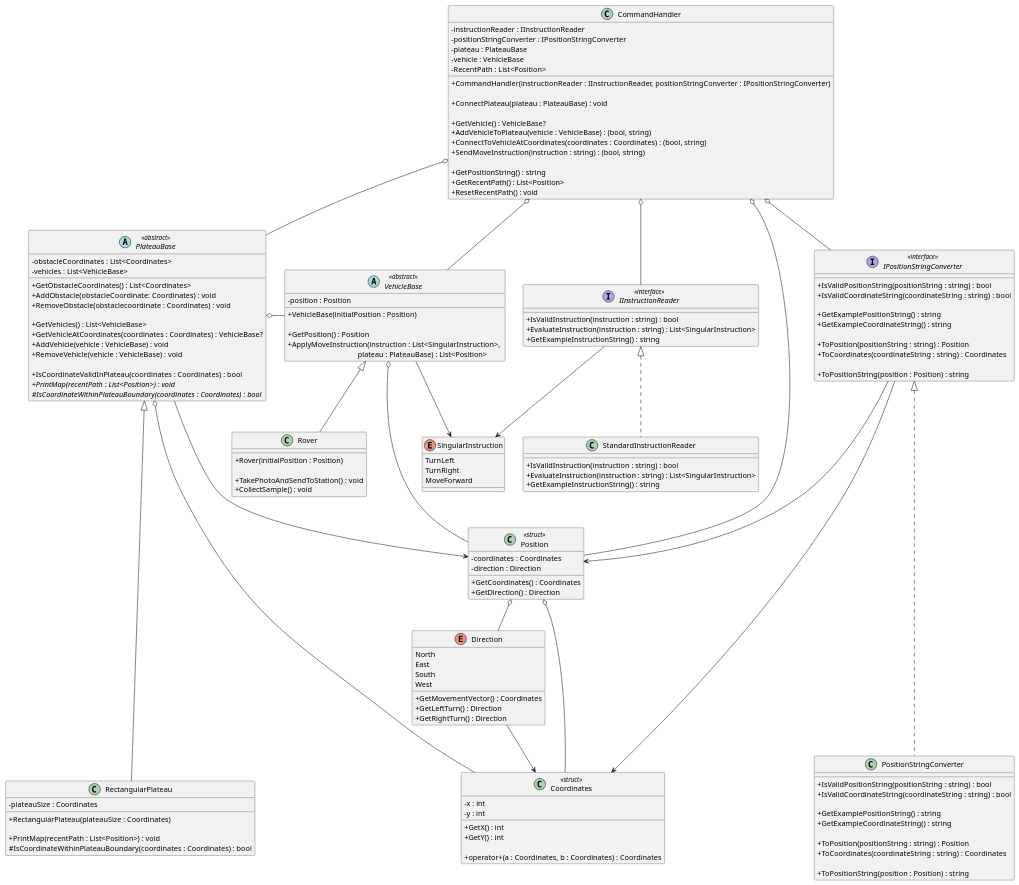
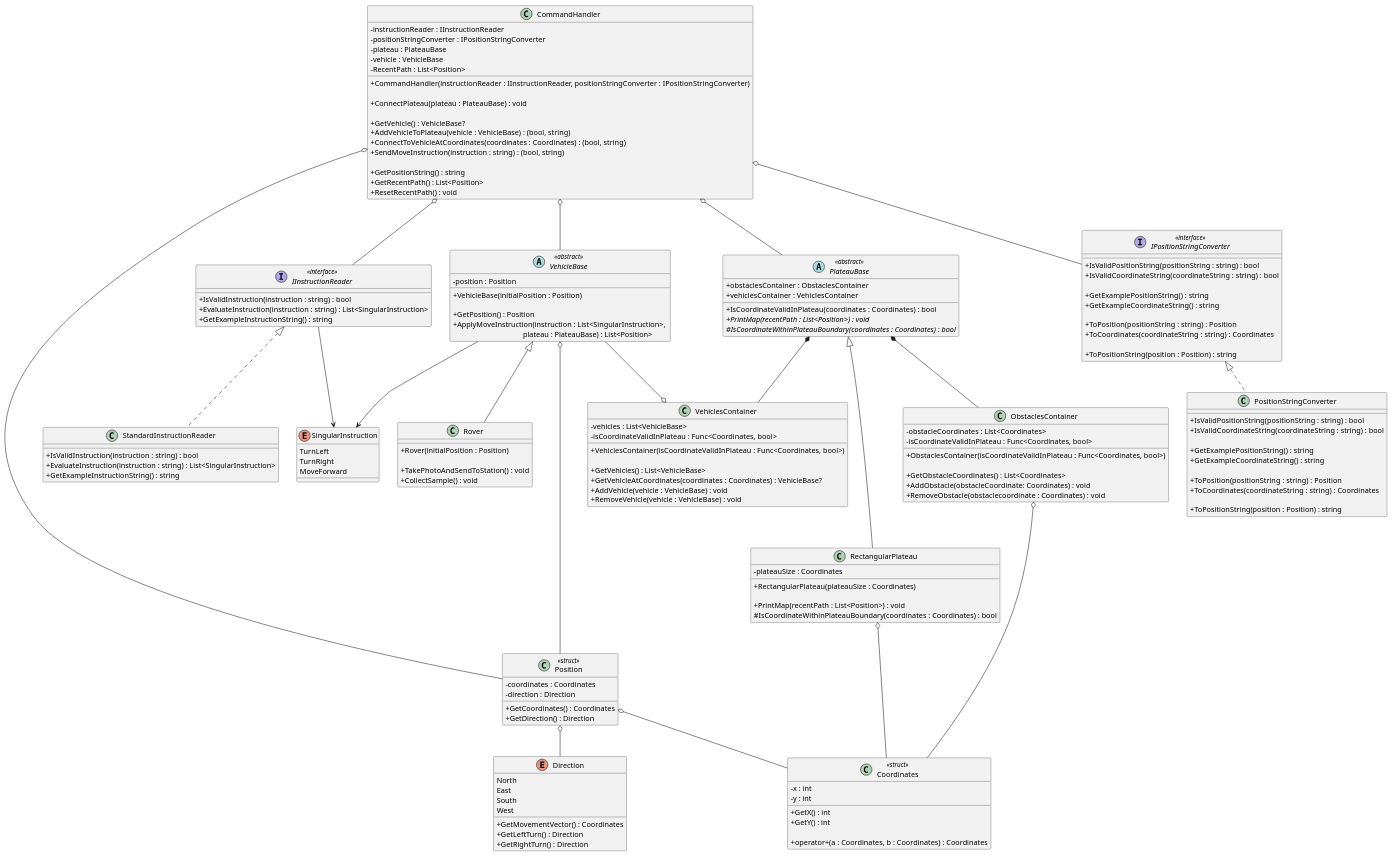
Before and after one commit to iamfranco/MarsRoverChallenge: the diagram in diagrams/MarsRoverChallenge.puml, drawn with PlantUML. The commit also changed 1 other file, not shown here.

Commit message:
UML: add ObstaclesContainer and VehiclesContainer classes, move methods from PlateauBase into them, remove association arrows for simple method parameter types dependencies

```diff
--- a/diagrams/MarsRoverChallenge.puml
+++ b/diagrams/MarsRoverChallenge.puml
@@ -1,182 +1,199 @@
 @startuml "Mars Rover Challenge"
 skinparam classAttributeIconSize 0
 
 class CommandHandler
 {
   - instructionReader : IInstructionReader
   - positionStringConverter : IPositionStringConverter
   - plateau : PlateauBase
   - vehicle : VehicleBase
   - RecentPath : List<Position>
 
   + CommandHandler(instructionReader : IInstructionReader, positionStringConverter : IPositionStringConverter)
   
   + ConnectPlateau(plateau : PlateauBase) : void
 
   + GetVehicle() : VehicleBase?
   + AddVehicleToPlateau(vehicle : VehicleBase) : (bool, string)
   + ConnectToVehicleAtCoordinates(coordinates : Coordinates) : (bool, string)
   + SendMoveInstruction(instruction : string) : (bool, string)
 
   + GetPositionString() : string
   + GetRecentPath() : List<Position>
   + ResetRecentPath() : void
 }
 
 interface IInstructionReader <<interface>>
 {
   + IsValidInstruction(instruction : string) : bool
   + EvaluateInstruction(instruction : string) : List<SingularInstruction>
   + GetExampleInstructionString() : string
 }
 
 enum SingularInstruction
 {
   TurnLeft
   TurnRight
   MoveForward
 }
 
 class StandardInstructionReader
 {
   + IsValidInstruction(instruction : string) : bool
   + EvaluateInstruction(instruction : string) : List<SingularInstruction>
   + GetExampleInstructionString() : string
 }
 
 abstract PlateauBase <<abstract>>
 {
+  + obstaclesContainer : ObstaclesContainer
+  + vehiclesContainer : VehiclesContainer
+
+  + IsCoordinateValidInPlateau(coordinates : Coordinates) : bool
+  {abstract} + PrintMap(recentPath : List<Position>) : void
+  {abstract} # IsCoordinateWithinPlateauBoundary(coordinates : Coordinates) : bool
+}
+
+class ObstaclesContainer
+{
   - obstacleCoordinates : List<Coordinates>
-  - vehicles : List<VehicleBase>
+  - isCoordinateValidInPlateau : Func<Coordinates, bool>
+
+  + ObstaclesContainer(isCoordinateValidInPlateau : Func<Coordinates, bool>)
 
   + GetObstacleCoordinates() : List<Coordinates>
   + AddObstacle(obstacleCoordinate: Coordinates) : void
   + RemoveObstacle(obstaclecoordinate : Coordinates) : void
+}
+
+class VehiclesContainer
+{
+  - vehicles : List<VehicleBase>
+  - isCoordinateValidInPlateau : Func<Coordinates, bool>
+
+  + VehiclesContainer(isCoordinateValidInPlateau : Func<Coordinates, bool>)
 
   + GetVehicles() : List<VehicleBase>
   + GetVehicleAtCoordinates(coordinates : Coordinates) : VehicleBase?
   + AddVehicle(vehicle : VehicleBase) : void
   + RemoveVehicle(vehicle : VehicleBase) : void
-
-   + IsCoordinateValidInPlateau(coordinates : Coordinates) : bool
-  {abstract} + PrintMap(recentPath : List<Position>) : void
-  {abstract} # IsCoordinateWithinPlateauBoundary(coordinates : Coordinates) : bool
 }
 
 class RectangularPlateau
 {
   - plateauSize : Coordinates
 
   + RectangularPlateau(plateauSize : Coordinates)
 
   + PrintMap(recentPath : List<Position>) : void
   # IsCoordinateWithinPlateauBoundary(coordinates : Coordinates) : bool
 }
 
 class Coordinates <<struct>>
 {
   - x : int
   - y : int
 
   + GetX() : int
   + GetY() : int
 
   + operator+(a : Coordinates, b : Coordinates) : Coordinates
 }
 
 enum Direction
 {
   North
   East
   South
   West
 
   + GetMovementVector() : Coordinates
   + GetLeftTurn() : Direction
   + GetRightTurn() : Direction
 }
 
 interface IPositionStringConverter <<interface>>
 {
   + IsValidPositionString(positionString : string) : bool
   + IsValidCoordinateString(coordinateString : string) : bool
 
   + GetExamplePositionString() : string
   + GetExampleCoordinateString() : string
 
   + ToPosition(positionString : string) : Position
   + ToCoordinates(coordinateString : string) : Coordinates
 
   + ToPositionString(position : Position) : string
 }
 
 class Position <<struct>>
 {
   - coordinates : Coordinates
   - direction : Direction
 
   + GetCoordinates() : Coordinates
   + GetDirection() : Direction
 }
 
 class PositionStringConverter
 {
   + IsValidPositionString(positionString : string) : bool
   + IsValidCoordinateString(coordinateString : string) : bool
 
   + GetExamplePositionString() : string
   + GetExampleCoordinateString() : string
 
   + ToPosition(positionString : string) : Position
   + ToCoordinates(coordinateString : string) : Coordinates
 
   + ToPositionString(position : Position) : string
 }
 
 class Rover
 {
   + Rover(initialPosition : Position)
 
   + TakePhotoAndSendToStation() : void
   + CollectSample() : void
 }
 
 abstract VehicleBase <<abstract>>
 {
   - position : Position
 
   + VehicleBase(initialPosition : Position)
 
   + GetPosition() : Position
   + ApplyMoveInstruction(instruction : List<SingularInstruction>, \n\
                                      plateau : PlateauBase) : List<Position>
 }
 
 CommandHandler o-- IInstructionReader
 CommandHandler o-- IPositionStringConverter
 CommandHandler o-- PlateauBase
 CommandHandler o-- VehicleBase
-CommandHandler o---- Position
+CommandHandler o----- Position
 
-IInstructionReader --> SingularInstruction
 IInstructionReader <|.. StandardInstructionReader 
 
 VehicleBase <|-- Rover
-VehicleBase --> SingularInstruction
 VehicleBase o--- Position
 
-IPositionStringConverter <|..... PositionStringConverter
-IPositionStringConverter ---> Position
-IPositionStringConverter ---> Coordinates
+IPositionStringConverter <|.. PositionStringConverter
 
-PlateauBase <|----- RectangularPlateau
-PlateauBase --> Position
-PlateauBase o-- Coordinates
-PlateauBase o- VehicleBase
+PlateauBase *-- ObstaclesContainer
+PlateauBase *-- VehiclesContainer
+PlateauBase <|--- RectangularPlateau
 
-Direction --> Coordinates 
+ObstaclesContainer o---- Coordinates
+VehiclesContainer o-u- VehicleBase
 
 Position o-- Direction
 Position o-- Coordinates
 
+IInstructionReader --> SingularInstruction
+VehicleBase --> SingularInstruction
+
+RectangularPlateau o-[norank]- Coordinates
+
 @enduml
```
